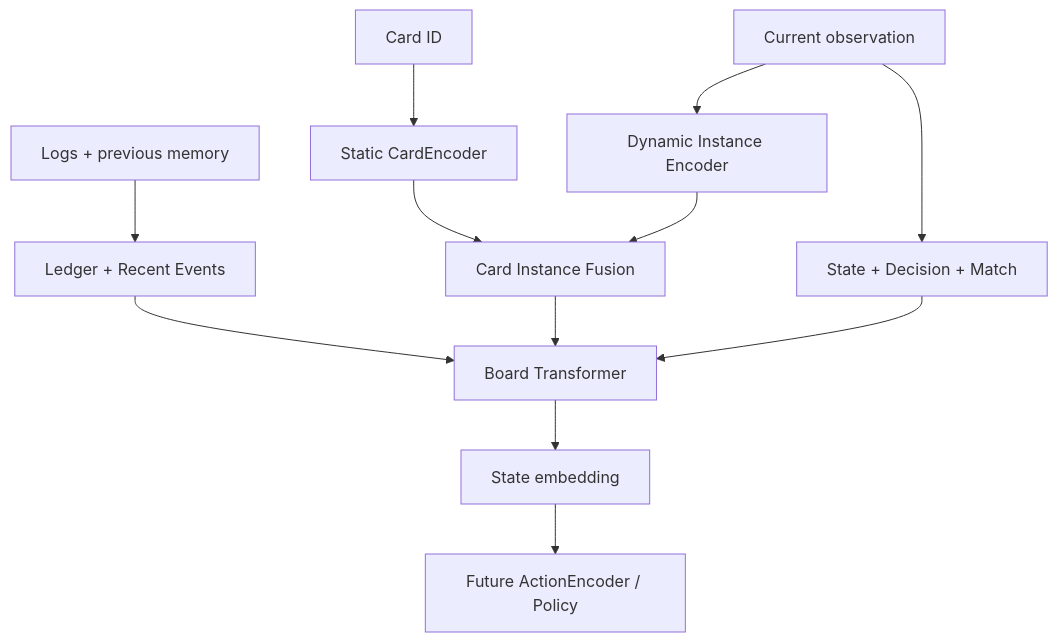
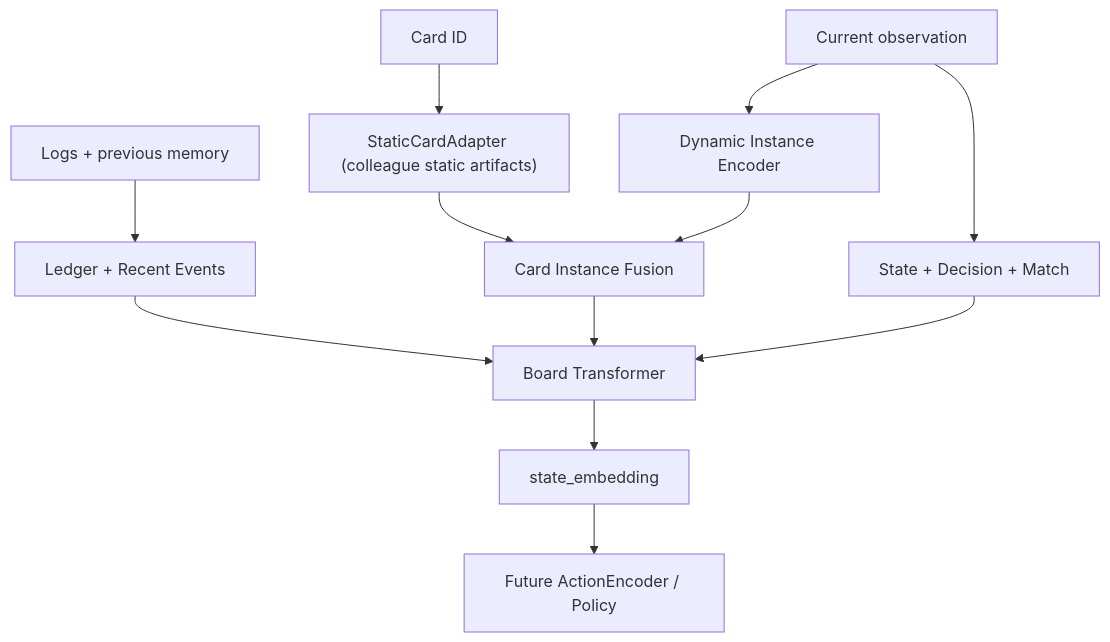
The diagram in README.md (3956418278-dotcom/Pokemon), drawn with Mermaid before and after one commit. The commit also changed other lines of this file and 45 other files, not shown here.

````diff
--- a/README.md
+++ b/README.md
@@ -57,14 +54,14 @@
 ```mermaid
 flowchart TD
-    A["Card ID"] --> B["Static CardEncoder"]
+    A["Card ID"] --> B["StaticCardAdapter (colleague static artifacts)"]
     C["Current observation"] --> D["Dynamic Instance Encoder"]
     E["Logs + previous memory"] --> F["Ledger + Recent Events"]
     B --> G["Card Instance Fusion"]
     D --> G
     C --> H["State + Decision + Match"]
     F --> I["Board Transformer"]
     G --> I
     H --> I
-    I --> J["State embedding"]
+    I --> J["state_embedding"]
     J --> K["Future ActionEncoder / Policy"]
 ```
````
